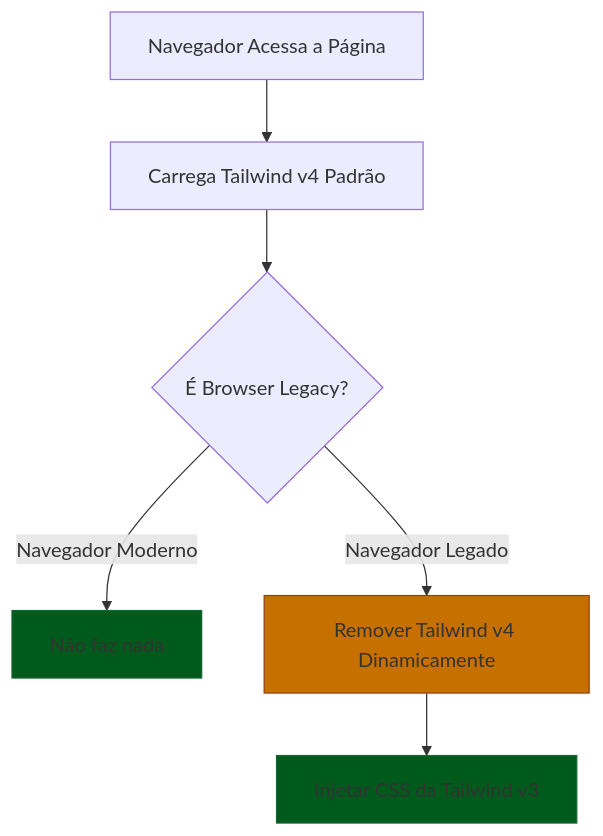
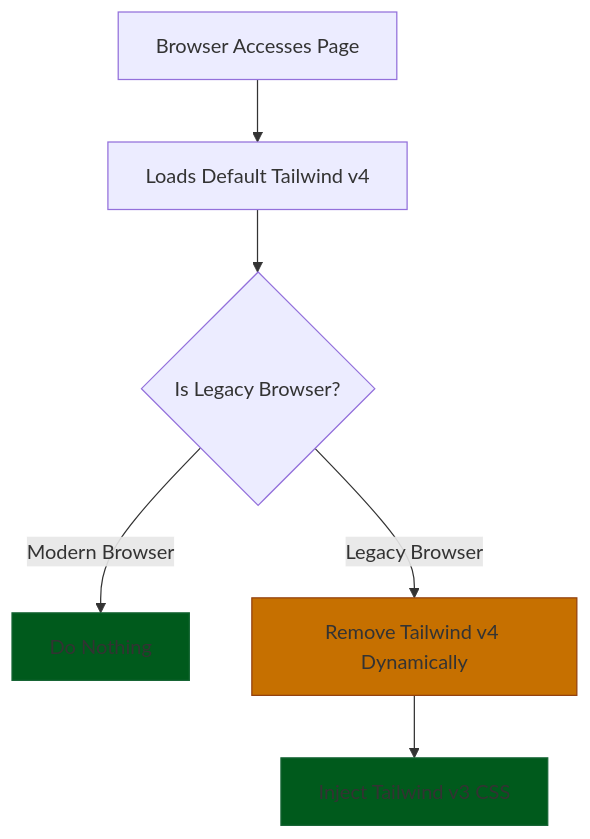
One commit to sapiyans/vite-plugin-tailwind-legacy changed the diagram in README.md. Above: the diagram before and after it, drawn with Mermaid. The commit also changed other lines of this file and 3 other files, not shown here.

`````diff
--- a/README.md
+++ b/README.md
@@ -331,12 +343,12 @@
 ```mermaid
 graph TD
-    A[Navegador Acessa a Página] --> B[Carrega Tailwind v4 Padrão]
-    B --> C{É Browser Legacy?}
-    C -->|Navegador Moderno| D[Não faz nada]
-    C -->|Navegador Legado| E[Remover Tailwind v4 Dinamicamente]
-    E --> F[Injetar CSS da Tailwind v3]
+    A[Browser Accesses Page] --> B[Loads Default Tailwind v4]
+    B --> C{Is Legacy Browser?}
+    C -->|Modern Browser| D[Do Nothing]
+    C -->|Legacy Browser| E[Remove Tailwind v4 Dynamically]
+    E --> F[Inject Tailwind v3 CSS]
 
     style D fill:#005a1c,stroke:#166534
-  style F fill:#005a1c,stroke:#166534
+    style F fill:#005a1c,stroke:#166534
     style E fill:#c67000,stroke:#92400e
-````
+```
`````
